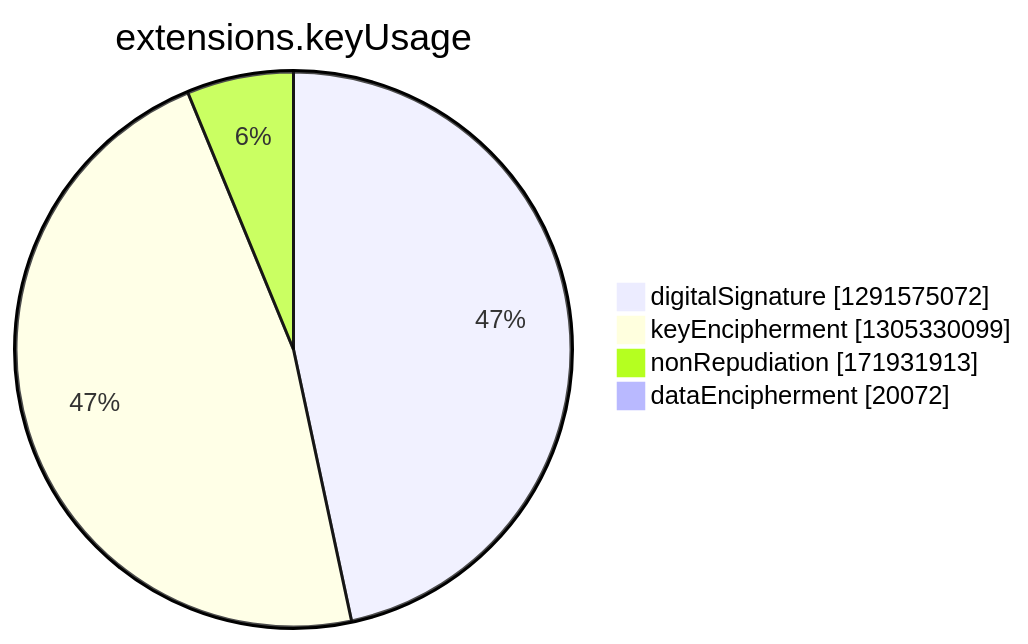
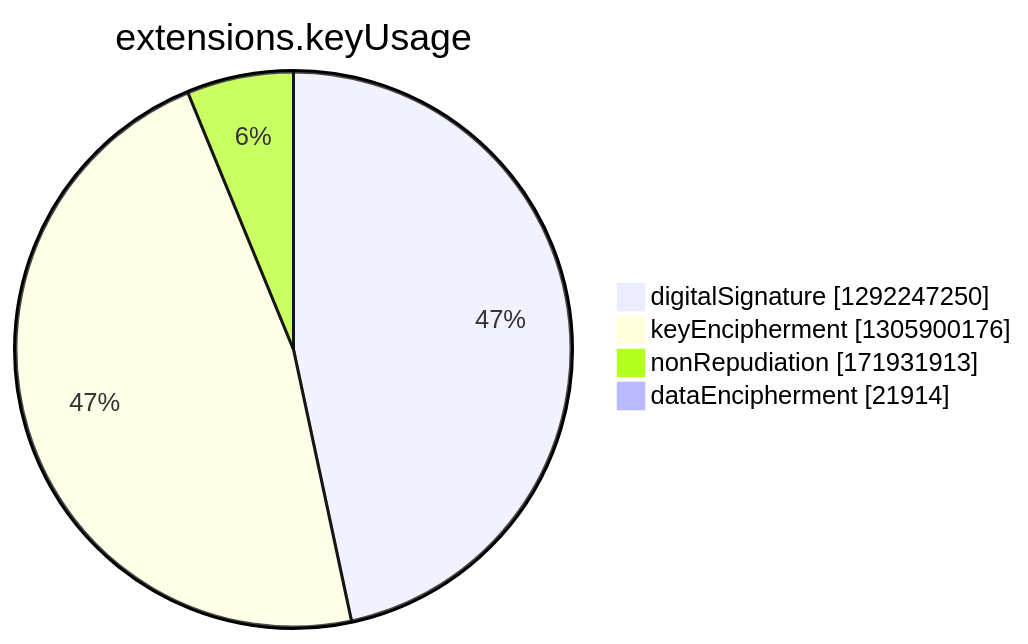
Before and after one commit to christiankrug/ctmonitor_visualization: the seventh of 15 diagrams in argon2022/README.md, drawn with Mermaid. The commit also changed other lines of this file, not shown here.

````diff
--- a/argon2022/README.md
+++ b/argon2022/README.md
@@ -2748,8 +2748,8 @@
 ```mermaid
 pie showData
 title extensions.keyUsage
-"digitalSignature" :1291575072
-"keyEncipherment" :1305330099
+"digitalSignature" :1292247250
+"keyEncipherment" :1305900176
 "nonRepudiation" :171931913
-"dataEncipherment" :20072
+"dataEncipherment" :21914
 ```
````
